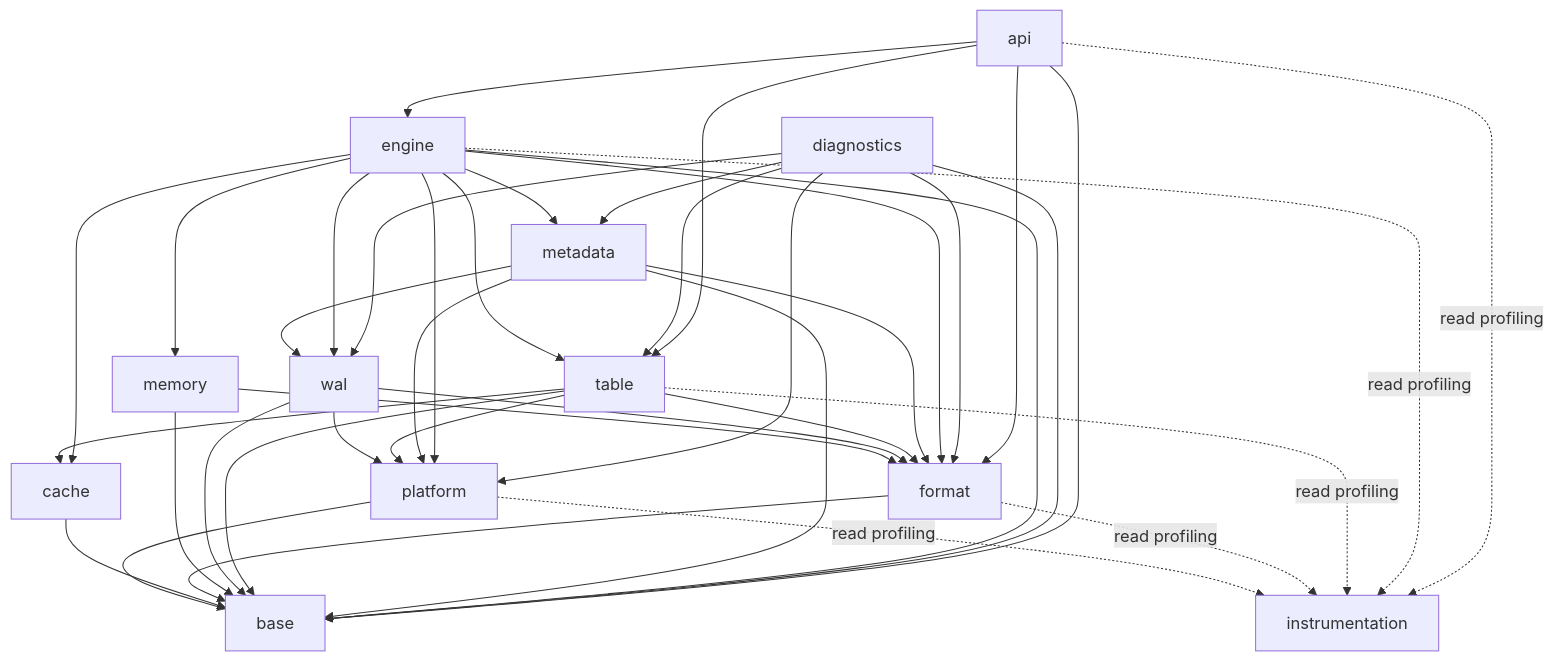
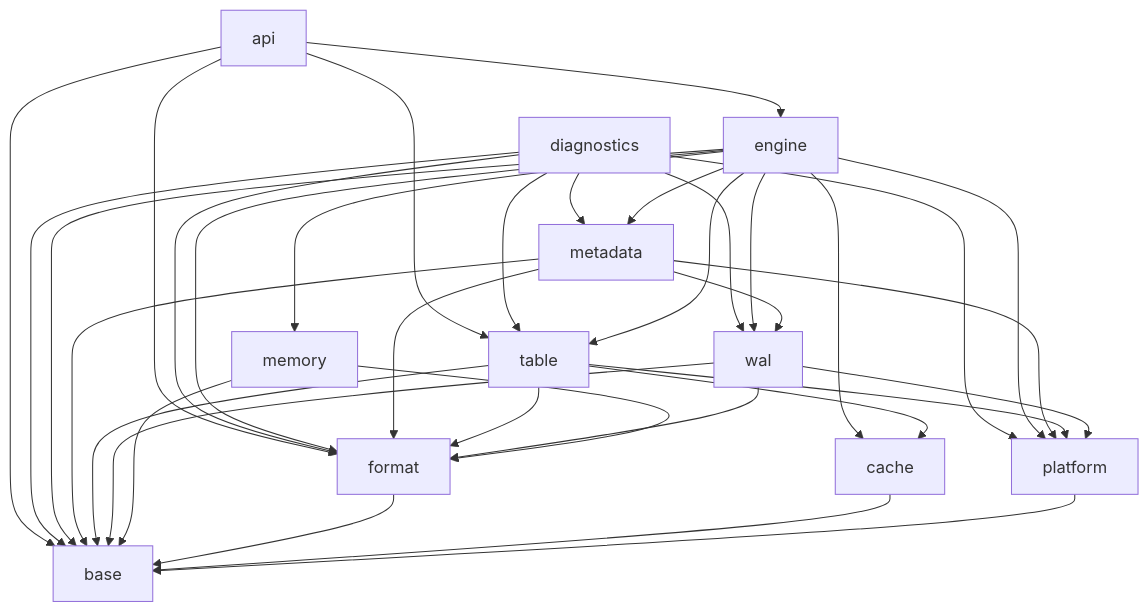
The diagram in docs/architecture.md (algorithm-apprentice/modern-level-db), drawn with Mermaid before and after one commit. The commit also changed other lines of this file and 56 other files, not shown here.

````diff
--- a/docs/architecture.md
+++ b/docs/architecture.md
@@ -221,60 +219,54 @@
 ```mermaid
 flowchart TD
   API[api]
   DIAGNOSTICS[diagnostics]
   ENGINE[engine]
   METADATA[metadata]
   TABLE[table]
   WAL[wal]
   MEMORY[memory]
   FORMAT[format]
   CACHE[cache]
   PLATFORM[platform]
   BASE[base]
-  INSTRUMENTATION[instrumentation]
 
   API --> ENGINE
   API --> TABLE
   API --> FORMAT
   API --> BASE
-  API -. read profiling .-> INSTRUMENTATION
 
   DIAGNOSTICS --> METADATA
   DIAGNOSTICS --> TABLE
   DIAGNOSTICS --> WAL
   DIAGNOSTICS --> FORMAT
   DIAGNOSTICS --> PLATFORM
   DIAGNOSTICS --> BASE
 
   ENGINE --> METADATA
   ENGINE --> TABLE
   ENGINE --> WAL
   ENGINE --> MEMORY
   ENGINE --> FORMAT
   ENGINE --> CACHE
   ENGINE --> PLATFORM
   ENGINE --> BASE
-  ENGINE -. read profiling .-> INSTRUMENTATION
 
   METADATA --> WAL
   METADATA --> FORMAT
   METADATA --> PLATFORM
   METADATA --> BASE
 
   TABLE --> CACHE
   TABLE --> FORMAT
   TABLE --> PLATFORM
   TABLE --> BASE
-  TABLE -. read profiling .-> INSTRUMENTATION
 
   WAL --> FORMAT
   WAL --> PLATFORM
   WAL --> BASE
   MEMORY --> FORMAT
   MEMORY --> BASE
   FORMAT --> BASE
-  FORMAT -. read profiling .-> INSTRUMENTATION
   CACHE --> BASE
   PLATFORM --> BASE
-  PLATFORM -. read profiling .-> INSTRUMENTATION
 ```
````
